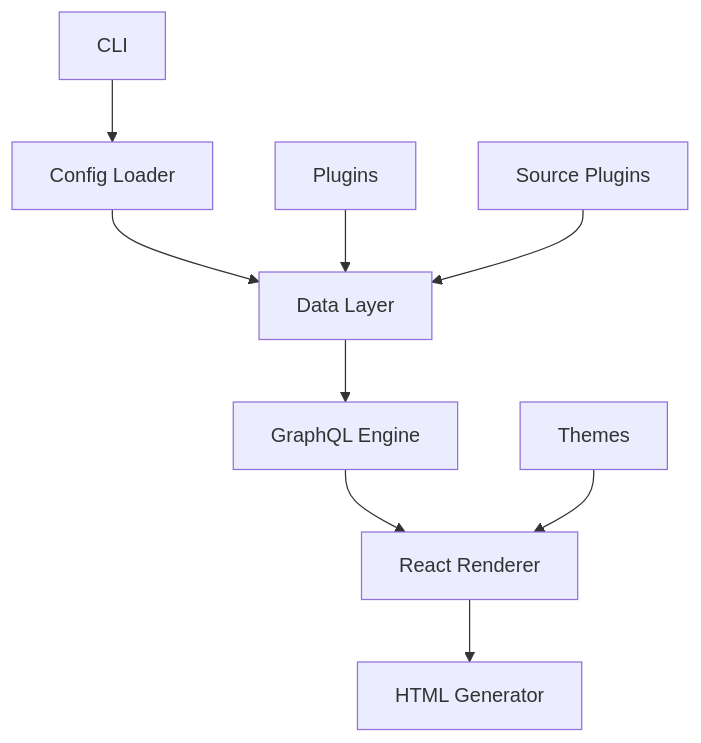
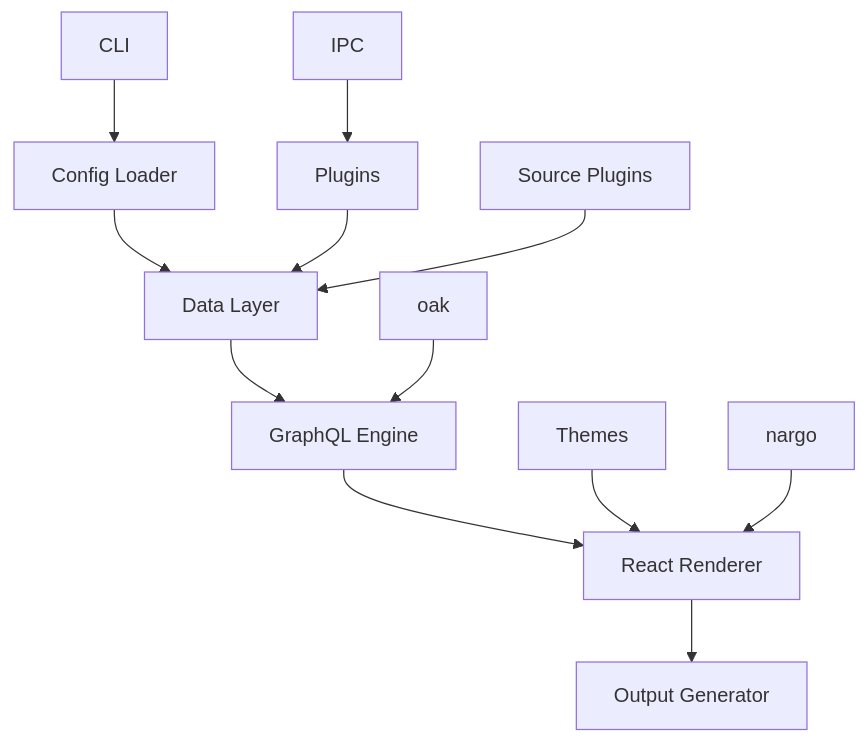
The diagram in compilers/gatsby/readme.md (doki-land/rusty-ssg), drawn with Mermaid before and after one commit. The commit also changed other lines of this file and 134 other files, not shown here.

````diff
--- a/compilers/gatsby/readme.md
+++ b/compilers/gatsby/readme.md
@@ -63,11 +66,14 @@
 ```mermaid
 flowchart TD
     A[CLI] --> B[Config Loader]
     B --> C[Data Layer]
     C --> D[GraphQL Engine]
     D --> E[React Renderer]
-    E --> F[HTML Generator]
+    E --> F[Output Generator]
     G[Plugins] --> C
     H[Themes] --> E
     I[Source Plugins] --> C
+    J[nargo] --> E
+    K[oak] --> D
+    L[IPC] --> G
 ```
````
